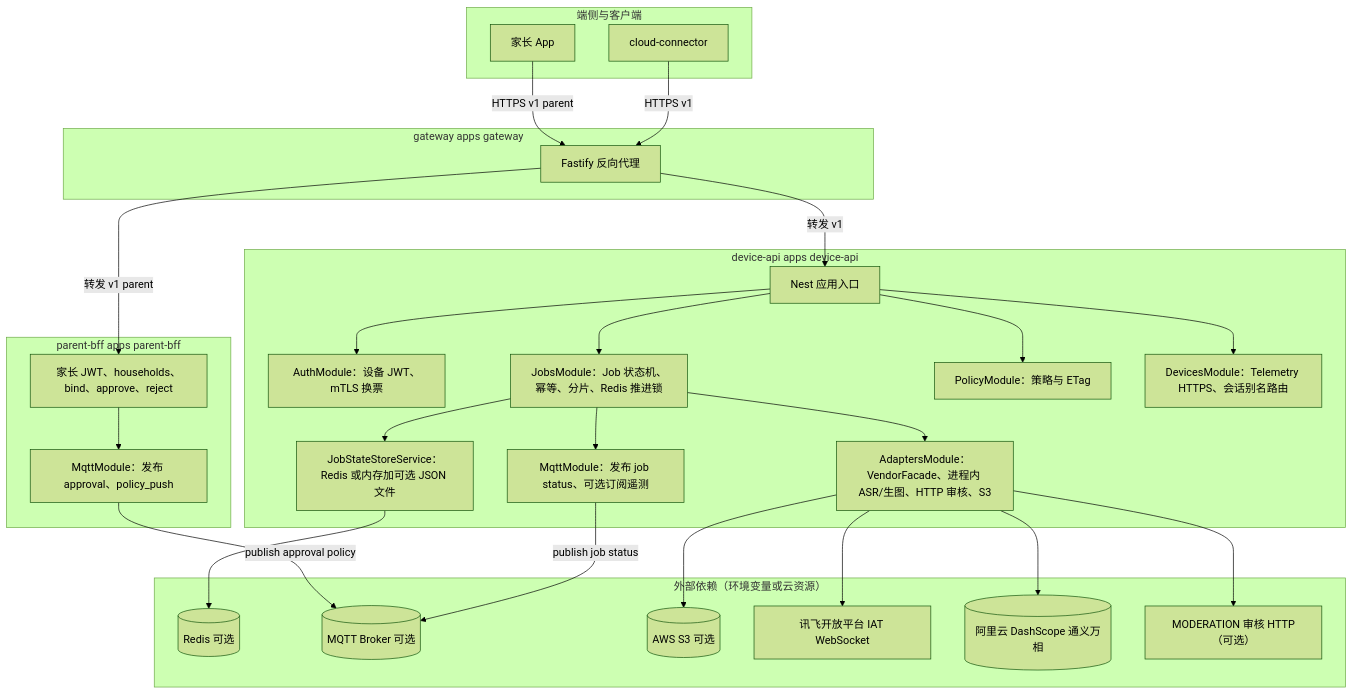
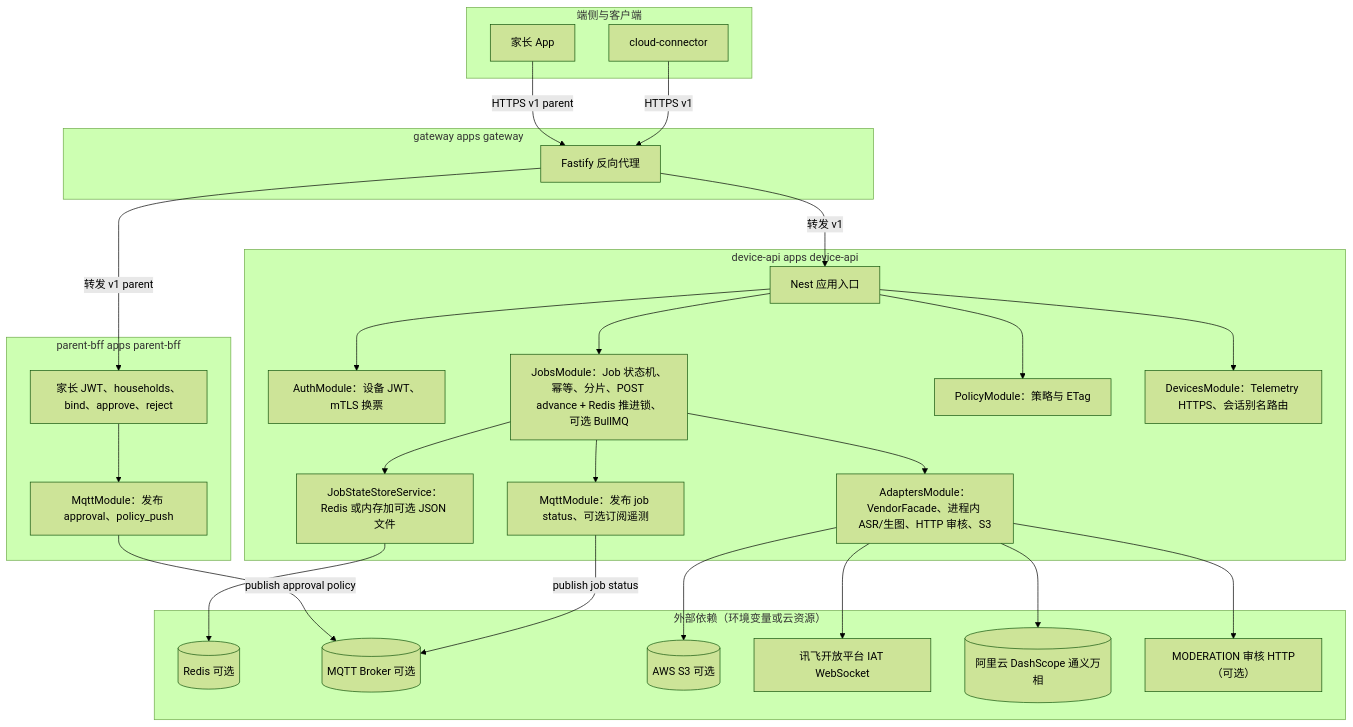
One commit to ivanzwb/fancy-print changed the second of 3 diagrams in doc/4. 服务器端设计.md. Above: the diagram before and after it, drawn with Mermaid (forest theme). The commit also changed other lines of this file and 21 other files, not shown here.

````diff
--- a/doc/4. 服务器端设计.md
+++ b/doc/4. 服务器端设计.md
@@ -106,56 +106,56 @@
 ```mermaid
 flowchart TB
   subgraph edge_side["端侧与客户端"]
     CC["cloud-connector"]
     PApp["家长 App"]
   end
 
   subgraph gw["gateway apps gateway"]
     GW["Fastify 反向代理"]
   end
 
   subgraph dapi["device-api apps device-api"]
     DAPI["Nest 应用入口"]
     AM["AuthModule：设备 JWT、mTLS 换票"]
-    JM["JobsModule：Job 状态机、幂等、分片、Redis 推进锁"]
+    JM["JobsModule：Job 状态机、幂等、分片、POST advance + Redis 推进锁、可选 BullMQ"]
     PM["PolicyModule：策略与 ETag"]
     DM["DevicesModule：Telemetry HTTPS、会话别名路由"]
     AD["AdaptersModule：VendorFacade、进程内 ASR/生图、HTTP 审核、S3"]
     MQ["MqttModule：发布 job status、可选订阅遥测"]
     ST["JobStateStoreService：Redis 或内存加可选 JSON 文件"]
     DAPI --> AM
     DAPI --> JM
     DAPI --> PM
     DAPI --> DM
     JM --> ST
     JM --> AD
     JM --> MQ
   end
 
   subgraph pbff["parent-bff apps parent-bff"]
     PH["家长 JWT、households、bind、approve、reject"]
     PMQ["MqttModule：发布 approval、policy_push"]
     PH --> PMQ
   end
 
   subgraph ext["外部依赖（环境变量或云资源）"]
     R[("Redis 可选")]
     BR[("MQTT Broker 可选")]
     S3[("AWS S3 可选")]
     XFY["讯飞开放平台 IAT WebSocket"]
     DS[("阿里云 DashScope 通义万相")]
     VH["MODERATION 审核 HTTP（可选）"]
   end
 
   CC -->|"HTTPS v1"| GW
   PApp -->|"HTTPS v1 parent"| GW
   GW -->|"转发 v1 parent"| PH
   GW -->|"转发 v1"| DAPI
   ST --> R
   MQ -->|"publish job status"| BR
   PMQ -->|"publish approval policy"| BR
   AD --> S3
   AD --> XFY
   AD --> DS
   AD --> VH
 ```
````
